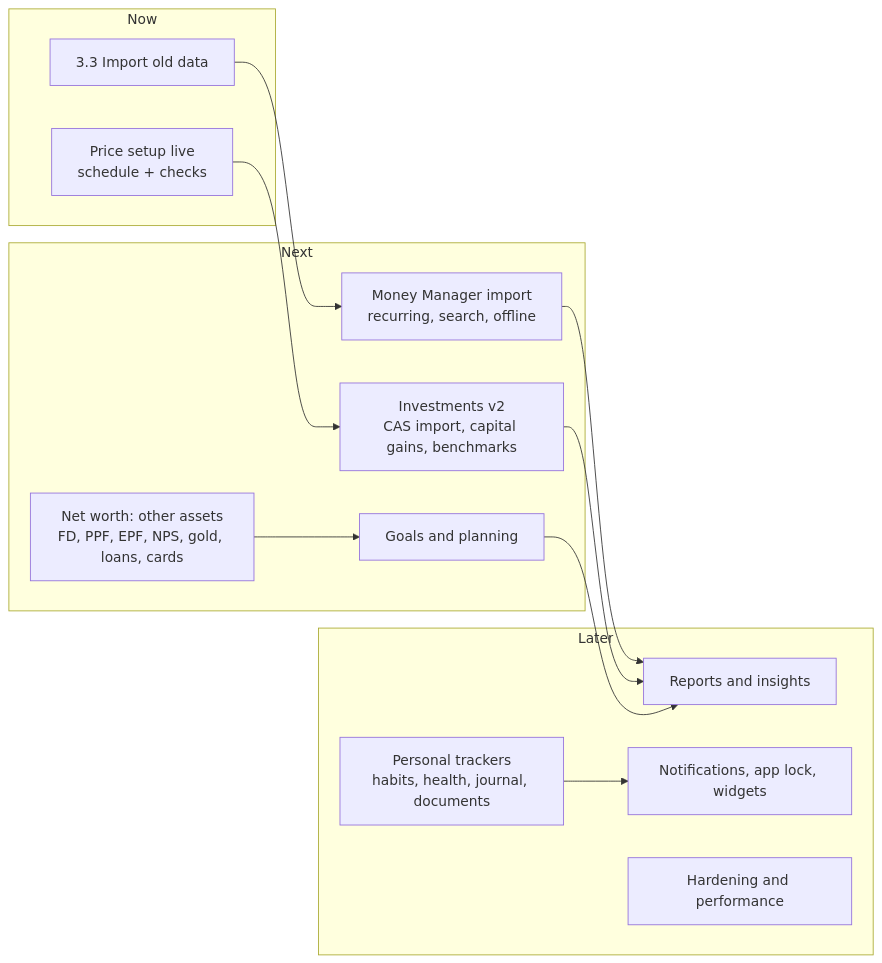
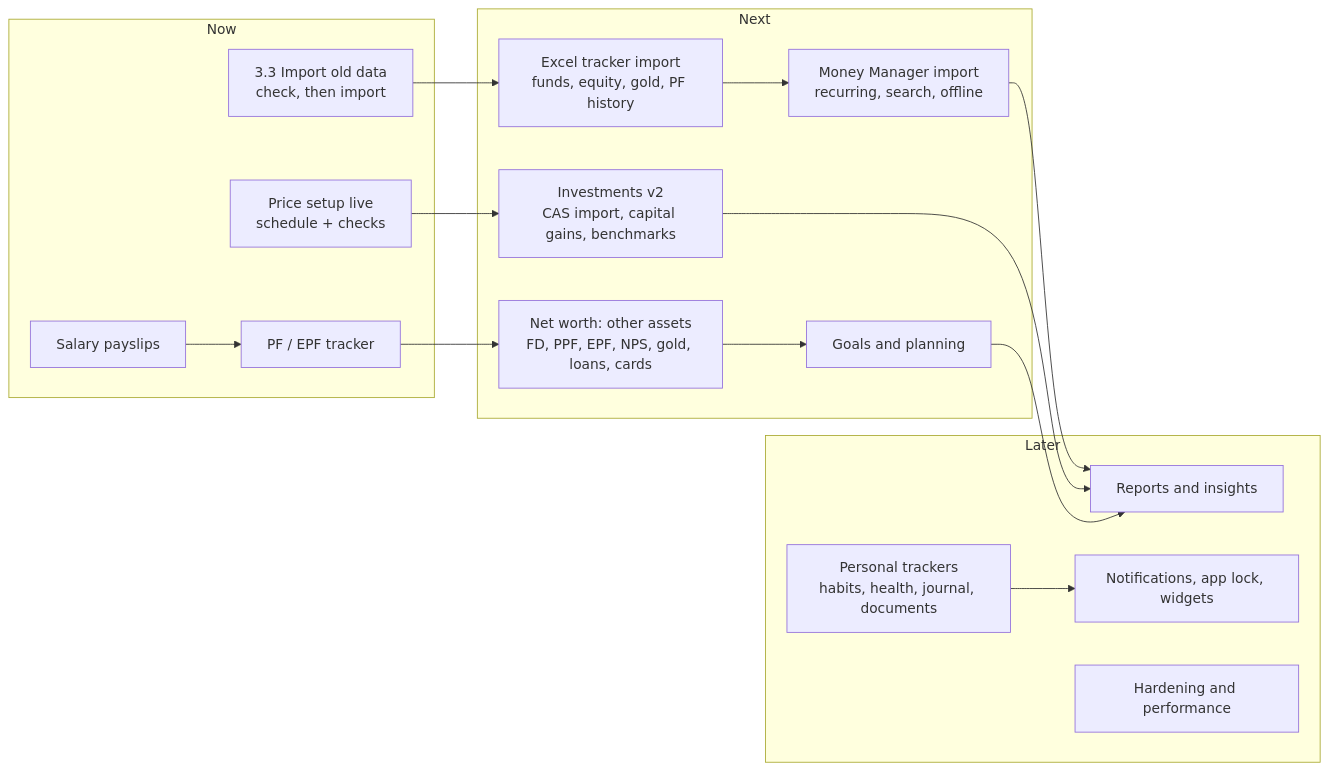
Before and after one commit to DEVABALAN-R/DEVABALAN: the diagram in docs/architecture/ROADMAP.md, drawn with Mermaid. The commit also changed other lines of this file and 21 other files, not shown here.

First line of the commit message:
Import the old app's data with a check report first (Phase 3.3)

````diff
--- a/docs/architecture/ROADMAP.md
+++ b/docs/architecture/ROADMAP.md
@@ -29,23 +29,27 @@
 ```mermaid
 flowchart LR
   subgraph Now
-    A[3.3 Import old data]
+    A[3.3 Import old data<br/>check, then import]
     B[Price setup live<br/>schedule + checks]
+    P[PF / EPF tracker]
+    S[Salary payslips]
   end
   subgraph Next
+    X[Excel tracker import<br/>funds, equity, gold, PF history]
     C[Money Manager import<br/>recurring, search, offline]
     D[Investments v2<br/>CAS import, capital gains, benchmarks]
     E[Net worth: other assets<br/>FD, PPF, EPF, NPS, gold, loans, cards]
     F[Goals and planning]
   end
   subgraph Later
     G[Reports and insights]
     H[Personal trackers<br/>habits, health, journal, documents]
     I[Notifications, app lock, widgets]
     J[Hardening and performance]
   end
-  A --> C --> G
+  A --> X --> C --> G
+  S --> P --> E
   B --> D --> G
   E --> F --> G
   H --> I
 ```
````
